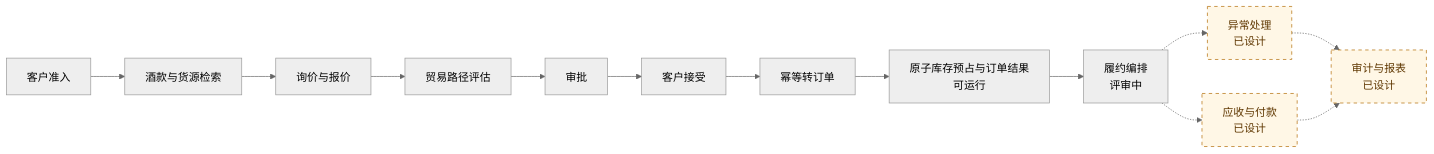
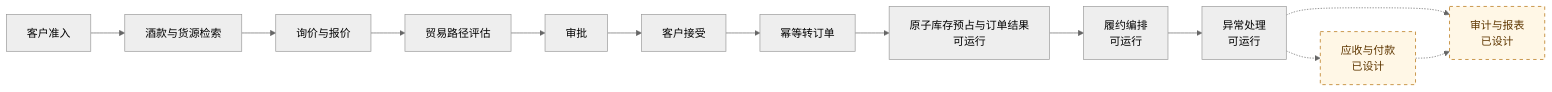
The third of 3 diagrams in README.md (RomanticHW/cellarbridge-platform), drawn with Mermaid (neutral theme) before and after one commit. The commit also changed other lines of this file and 7 other files, not shown here.

````diff
--- a/README.md
+++ b/README.md
@@ -286,18 +291,18 @@
 ```mermaid
 flowchart LR
     A[客户准入] --> B[酒款与货源检索]
     B --> C[询价与报价]
     C --> D[贸易路径评估]
     D --> E[审批]
     E --> F[客户接受]
     F --> G[幂等转订单]
     G --> H[原子库存预占与订单结果<br/>可运行]
-    H --> I[履约编排<br/>评审中]
-    I -.-> J[异常处理<br/>已设计]
-    I -.-> K[应收与付款<br/>已设计]
+    H --> I[履约编排<br/>可运行]
+    I --> J[异常处理<br/>可运行]
+    J -.-> K[应收与付款<br/>已设计]
     J -.-> L[审计与报表<br/>已设计]
     K -.-> L
 
     classDef planned fill:#fff7e6,stroke:#b26a00,color:#5f3700,stroke-dasharray:5 5;
-    class J,K,L planned;
+    class K,L planned;
 ```
````
